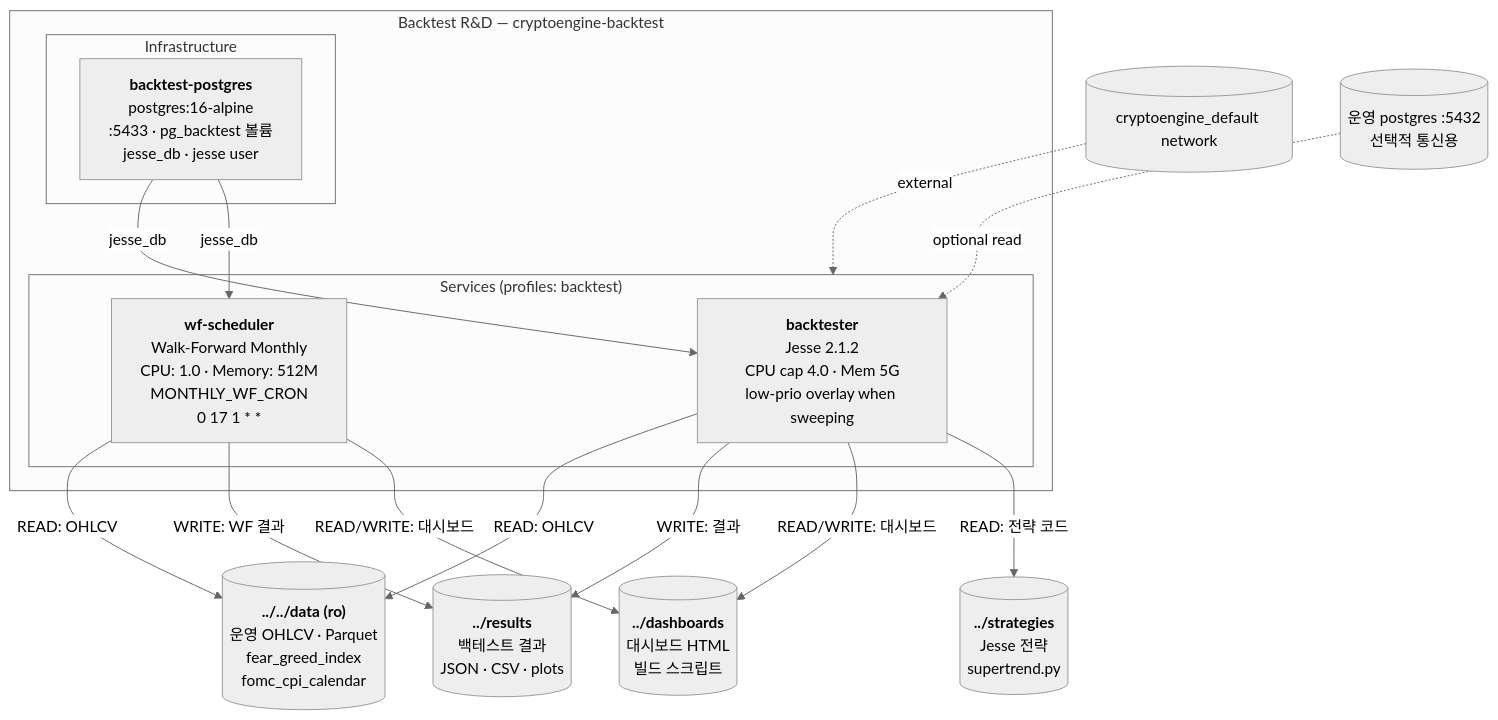
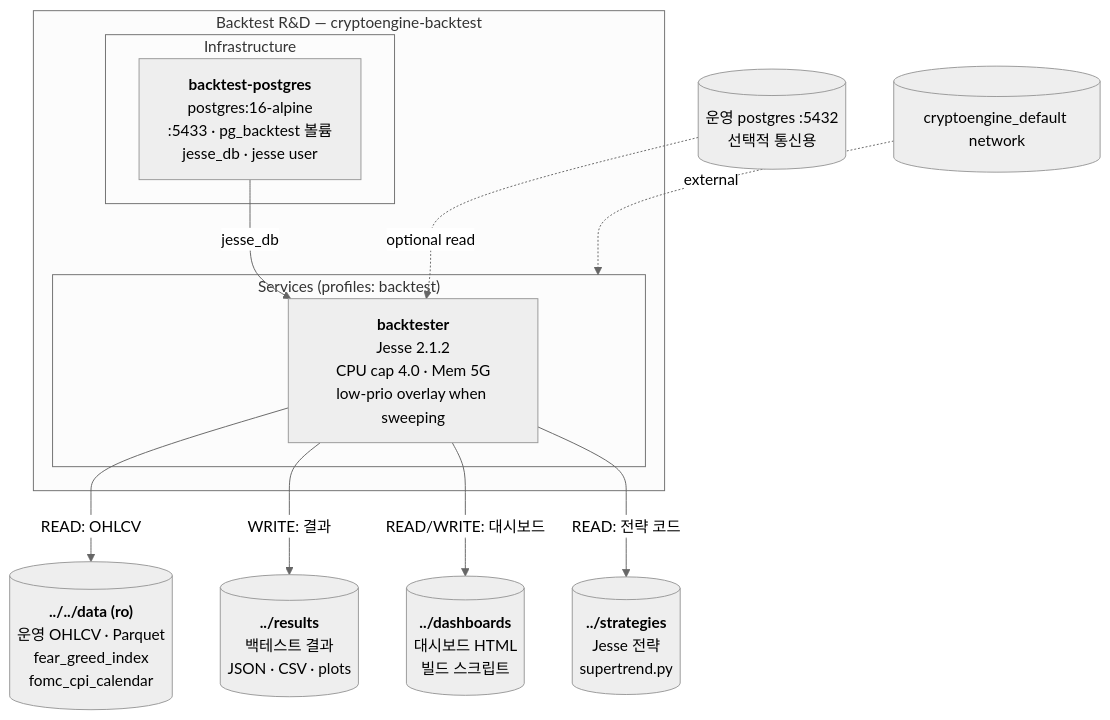
The second of 3 diagrams in docs/20-containers/containers.md (Justant-source/Bit-Mania), drawn with Mermaid (neutral theme) before and after one commit. The commit also changed other lines of this file and 1149 other files, not shown here.

````diff
--- a/docs/20-containers/containers.md
+++ b/docs/20-containers/containers.md
@@ -131,35 +127,29 @@
 ```mermaid
 flowchart TB
   subgraph backtest["Backtest R&D — cryptoengine-backtest"]
     subgraph bt_infra["Infrastructure"]
       bt_pg["<b>backtest-postgres</b><br/>postgres:16-alpine<br/>:5433 · pg_backtest 볼륨<br/>jesse_db · jesse user"]
     end
 
     subgraph bt_svc["Services (profiles: backtest)"]
       backtester["<b>backtester</b><br/>Jesse 2.1.2<br/>CPU cap 4.0 · Mem 5G<br/>low-prio overlay when sweeping"]
-      wf_sched["<b>wf-scheduler</b><br/>Walk-Forward Monthly<br/>CPU: 1.0 · Memory: 512M<br/>MONTHLY_WF_CRON<br/>0 17 1 * *"]
     end
   end
 
   data_vol[("<b>../../data (ro)</b><br/>운영 OHLCV · Parquet<br/>fear_greed_index<br/>fomc_cpi_calendar")]
   results_vol[("<b>../results</b><br/>백테스트 결과<br/>JSON · CSV · plots")]
   dashboards_vol[("<b>../dashboards</b><br/>대시보드 HTML<br/>빌드 스크립트")]
   strategies_vol[("<b>../strategies</b><br/>Jesse 전략<br/>supertrend.py")]
 
   backtester -->|"READ: OHLCV"| data_vol
   backtester -->|"WRITE: 결과"| results_vol
   backtester -->|"READ/WRITE: 대시보드"| dashboards_vol
   backtester -->|"READ: 전략 코드"| strategies_vol
 
-  wf_sched -->|"READ: OHLCV"| data_vol
-  wf_sched -->|"WRITE: WF 결과"| results_vol
-  wf_sched -->|"READ/WRITE: 대시보드"| dashboards_vol
-
   bt_pg -->|"jesse_db"| backtester
-  bt_pg -->|"jesse_db"| wf_sched
 
   ce_net[("cryptoengine_default network")]
   ce_pg[("운영 postgres :5432<br/>선택적 통신용")]
   ce_net -.->|"external"| bt_svc
   ce_pg -.->|"optional read"| backtester
 ```
````
